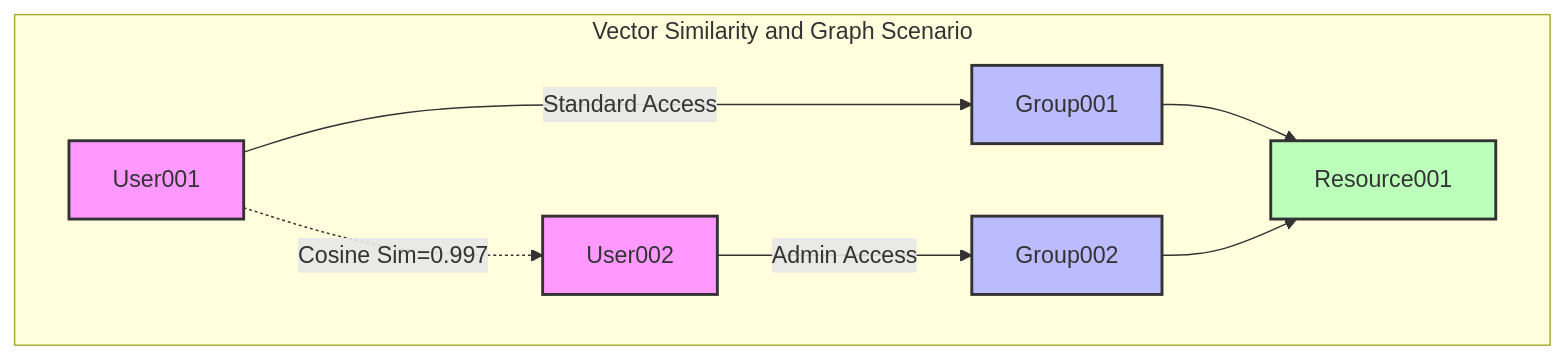
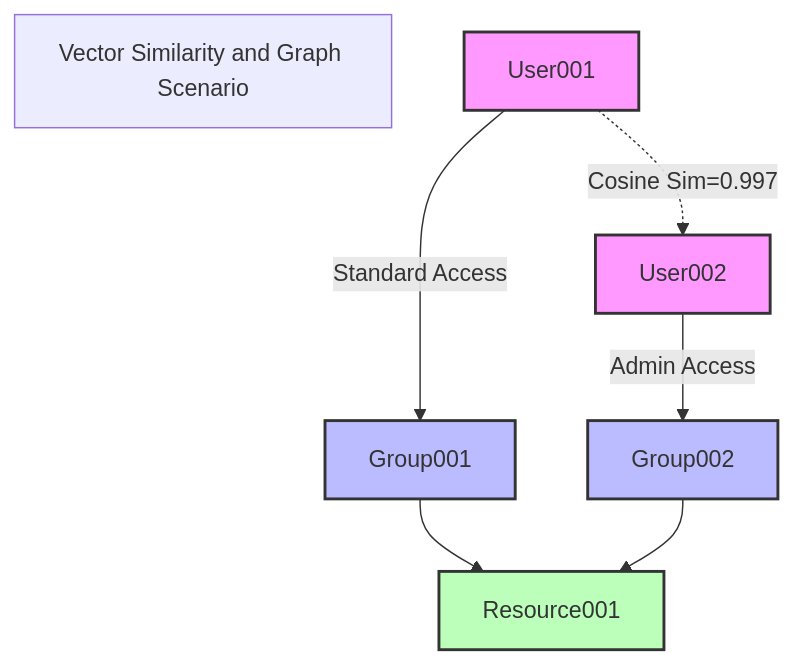
The fourth of 7 diagrams in graph of graph/README.md (Azure/azure-kusto-graph-samples), drawn with Mermaid before and after one commit. The commit also changed other lines of this file, not shown here.

````diff
--- a/graph of graph/README.md
+++ b/graph of graph/README.md
@@ -465,18 +460,17 @@
 ```mermaid
  flowchart TD
-    subgraph "Vector Similarity and Graph Scenario"
+    Headline["Vector Similarity and Graph Scenario"]
 
     User001["User001"] -.->|"Cosine Sim=0.997"| User002["User002"]
     User001 -->|"Standard Access"| Group001
     User002 -->|"Admin Access"| Group002
     Group001 --> Resource001
     Group002 --> Resource001["Resource001"]
     
     style User001 fill:#f9f,stroke:#333,stroke-width:2px
     style User002 fill:#f9f,stroke:#333,stroke-width:2px
     style Group001 fill:#bbf,stroke:#333,stroke-width:2px
     style Group002 fill:#bbf,stroke:#333,stroke-width:2px
     style Resource001 fill:#bfb,stroke:#333,stroke-width:2px
-
-    end
+    style Headline fill:f9f
 ```
````
